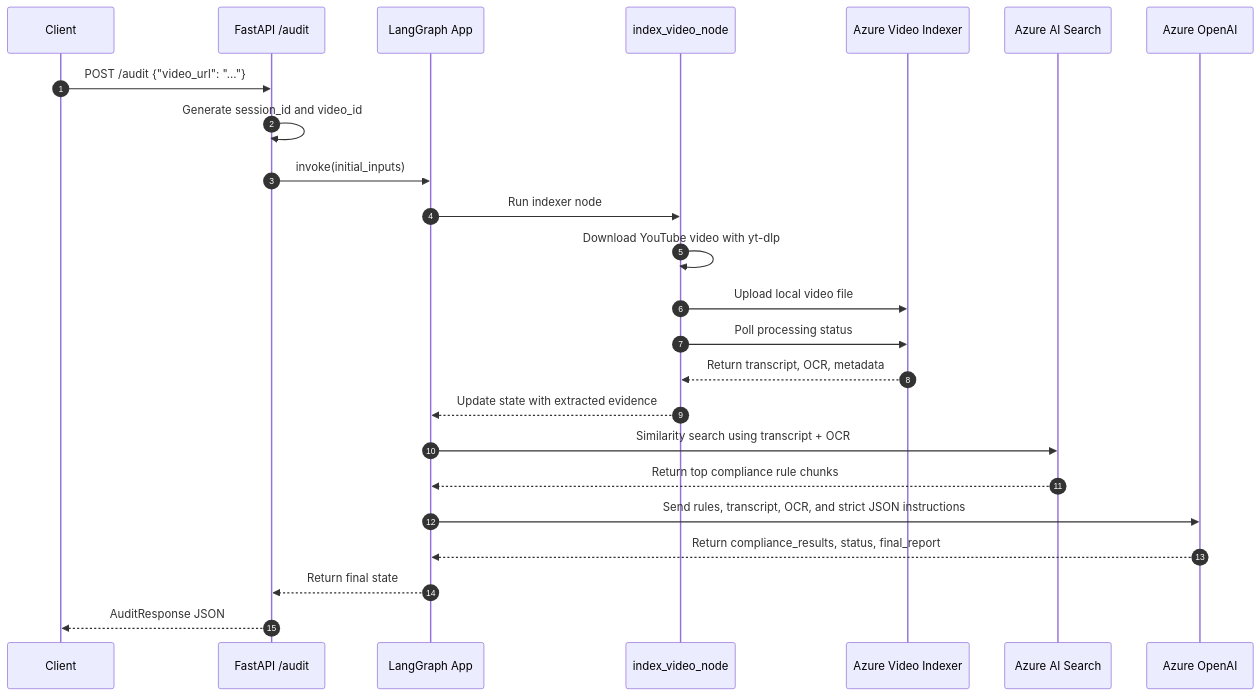
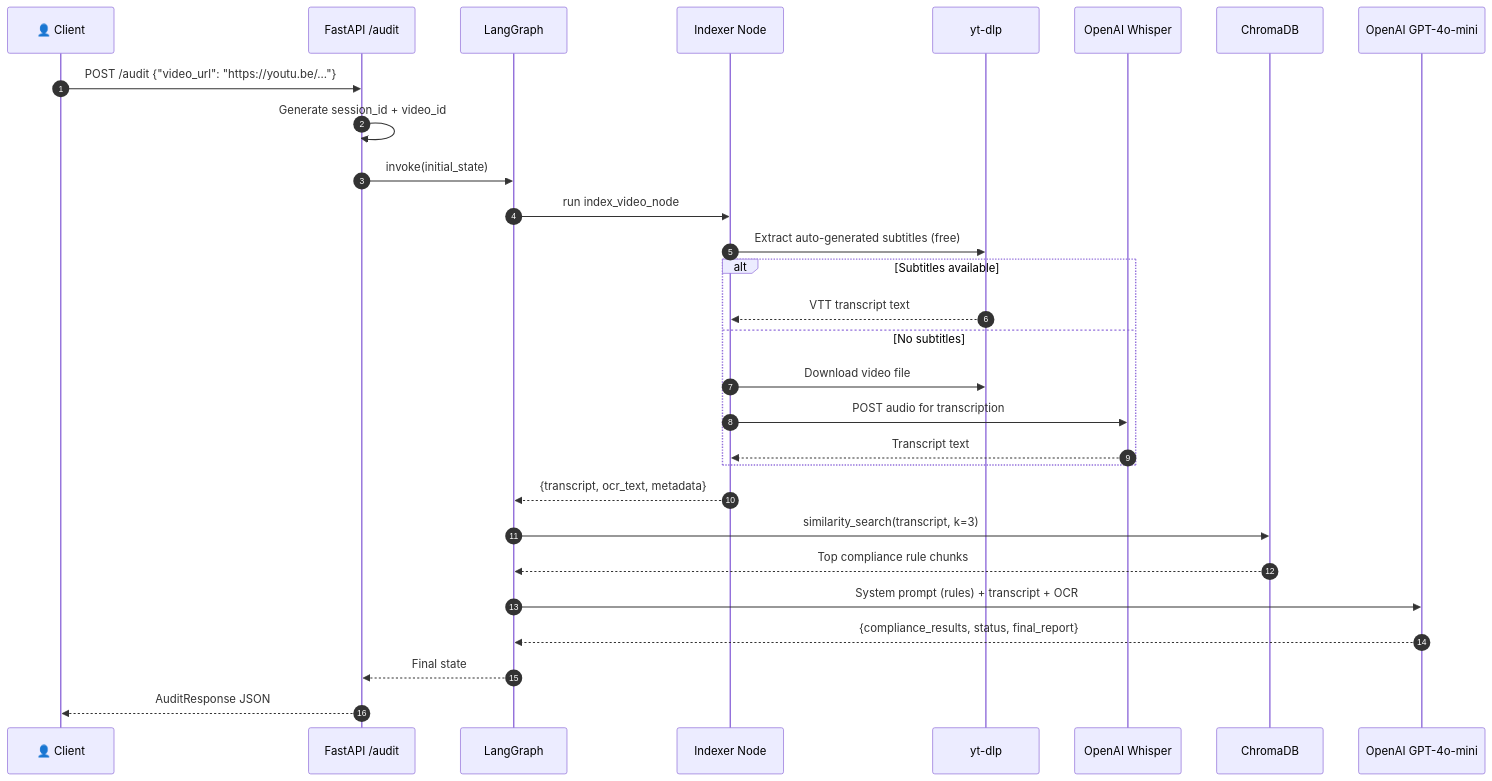
The second of 2 diagrams in README.md (Nihal108-bi/Azure-Multi-Modal-Compliance-Orchestration-Engine-using-LangGraph), drawn with Mermaid before and after one commit. The commit also changed other lines of this file and 8 other files, not shown here.

````diff
--- a/README.md
+++ b/README.md
@@ -115,27 +76,32 @@
 ```mermaid
 sequenceDiagram
     autonumber
-    participant Client as Client
+    participant Client as 👤 Client
     participant API as FastAPI /audit
-    participant Graph as LangGraph App
-    participant Indexer as index_video_node
-    participant VI as Azure Video Indexer
-    participant Search as Azure AI Search
-    participant LLM as Azure OpenAI
+    participant Graph as LangGraph
+    participant Indexer as Indexer Node
+    participant YT as yt-dlp
+    participant Whisper as OpenAI Whisper
+    participant Chroma as ChromaDB
+    participant LLM as OpenAI GPT-4o-mini
 
-    Client->>API: POST /audit {"video_url": "..."}
-    API->>API: Generate session_id and video_id
-    API->>Graph: invoke(initial_inputs)
-    Graph->>Indexer: Run indexer node
-    Indexer->>Indexer: Download YouTube video with yt-dlp
-    Indexer->>VI: Upload local video file
-    Indexer->>VI: Poll processing status
-    VI-->>Indexer: Return transcript, OCR, metadata
-    Indexer-->>Graph: Update state with extracted evidence
-    Graph->>Search: Similarity search using transcript + OCR
-    Search-->>Graph: Return top compliance rule chunks
-    Graph->>LLM: Send rules, transcript, OCR, and strict JSON instructions
-    LLM-->>Graph: Return compliance_results, status, final_report
-    Graph-->>API: Return final state
+    Client->>API: POST /audit {"video_url": "https://youtu.be/..."}
+    API->>API: Generate session_id + video_id
+    API->>Graph: invoke(initial_state)
+    Graph->>Indexer: run index_video_node
+    Indexer->>YT: Extract auto-generated subtitles (free)
+    alt Subtitles available
+        YT-->>Indexer: VTT transcript text
+    else No subtitles
+        Indexer->>YT: Download video file
+        Indexer->>Whisper: POST audio for transcription
+        Whisper-->>Indexer: Transcript text
+    end
+    Indexer-->>Graph: {transcript, ocr_text, metadata}
+    Graph->>Chroma: similarity_search(transcript, k=3)
+    Chroma-->>Graph: Top compliance rule chunks
+    Graph->>LLM: System prompt (rules) + transcript + OCR
+    LLM-->>Graph: {compliance_results, status, final_report}
+    Graph-->>API: Final state
     API-->>Client: AuditResponse JSON
 ```
````
